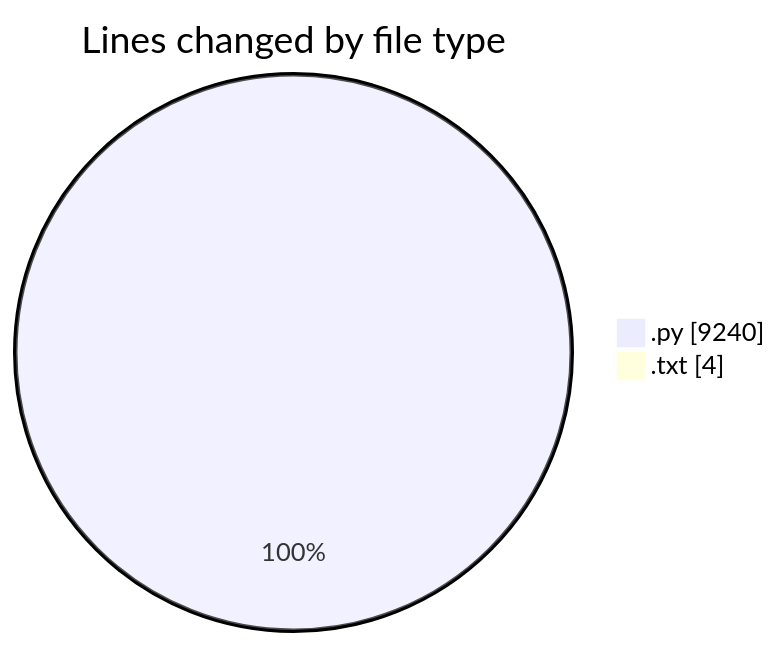
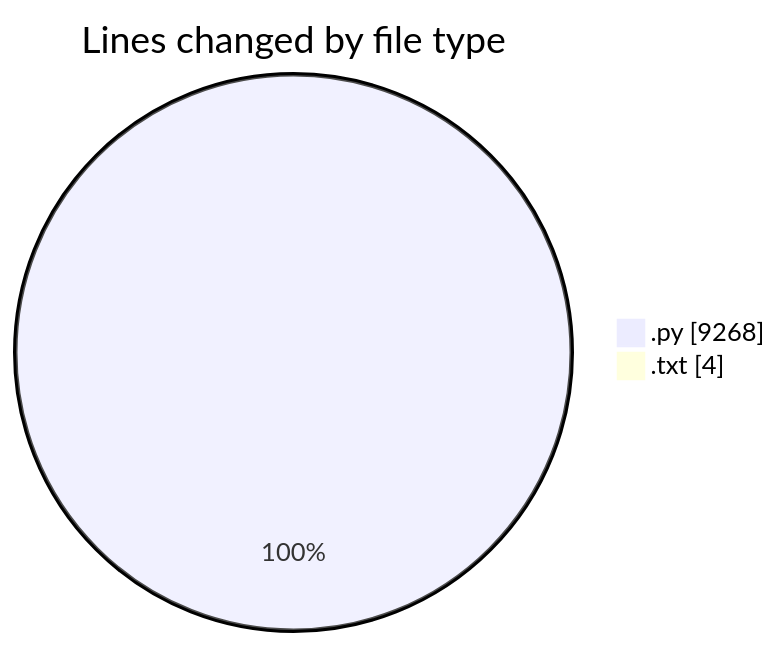
Before and after one commit to CELIANVF/code-tracking: the first of 2 diagrams in 2025-06-01/video_app/README.md, drawn with Mermaid. The commit also changed other lines of this file and 1 other file, not shown here.

````diff
--- a/2025-06-01/video_app/README.md
+++ b/2025-06-01/video_app/README.md
@@ -29,6 +29,6 @@
 ```mermaid
 pie showData
 title Lines changed by file type
-".py" : 9240
+".py" : 9268
 ".txt" : 4
 ```
````
